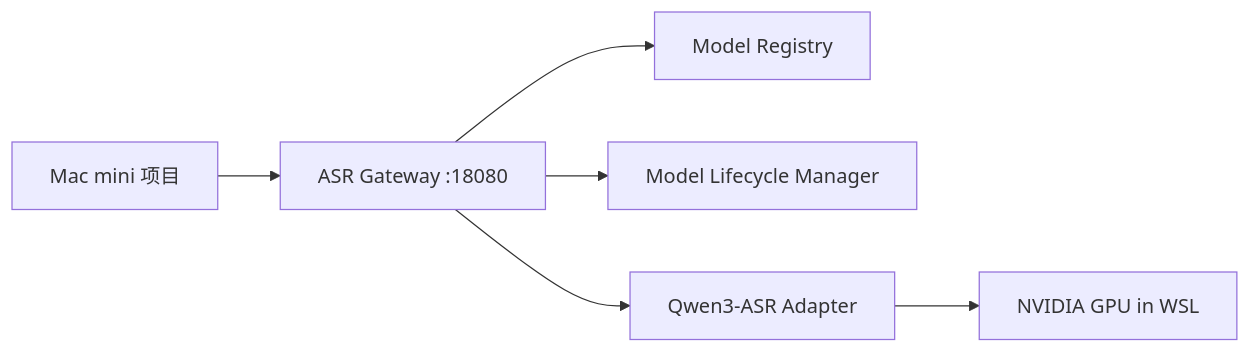
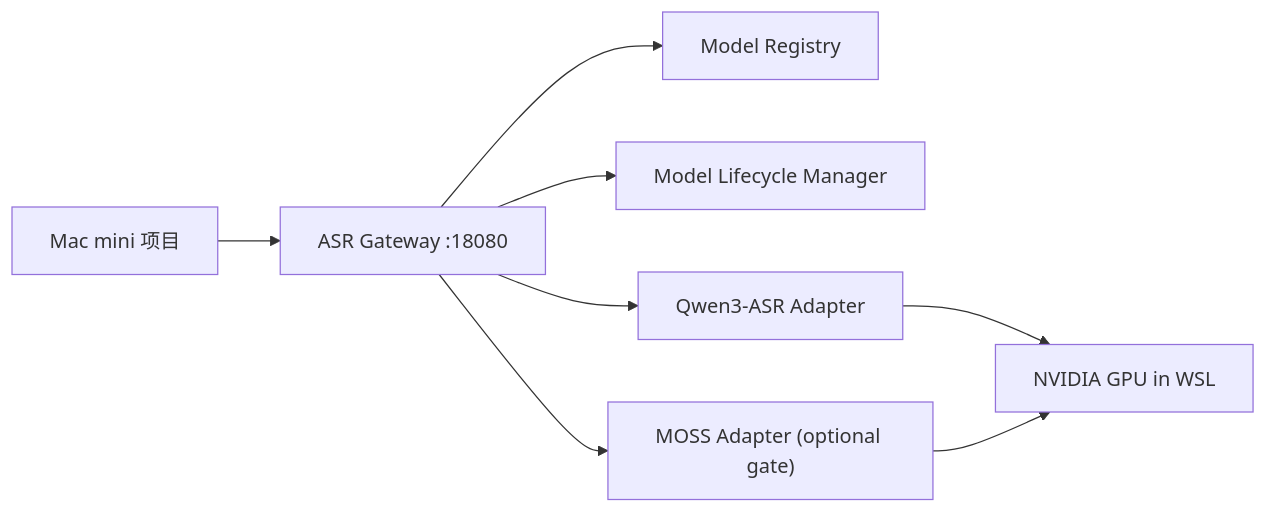
Before and after one commit to Fragtex254/asr_Server: the diagram in docs/asr-server-prd.md, drawn with Mermaid. The commit also changed other lines of this file and 11 other files, not shown here.

````diff
--- a/docs/asr-server-prd.md
+++ b/docs/asr-server-prd.md
@@ -64,8 +67,10 @@
 ```mermaid
 flowchart LR
   Mac["Mac mini 项目"] --> Gateway["ASR Gateway :18080"]
   Gateway --> Registry["Model Registry"]
   Gateway --> Manager["Model Lifecycle Manager"]
   Gateway --> Qwen["Qwen3-ASR Adapter"]
+  Gateway --> Moss["MOSS Adapter (optional gate)"]
   Qwen --> GPU["NVIDIA GPU in WSL"]
+  Moss --> GPU
 ```
````
